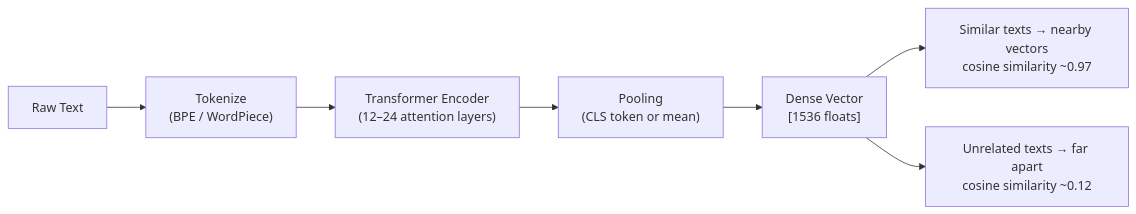
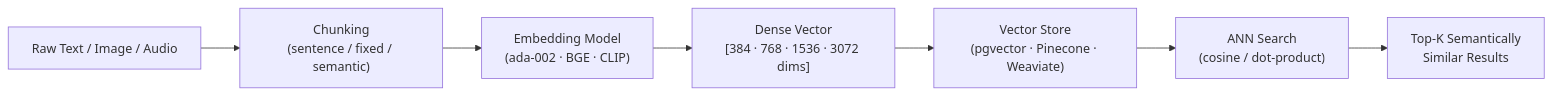
The first of 4 diagrams in docs-site/content/15-vector-databases/concepts/embeddings.md (gauravprwl14/system-design-course), drawn with Mermaid before and after one commit. The commit also changed other lines of this file and 19 other files, not shown here.

````diff
--- a/docs-site/content/15-vector-databases/concepts/embeddings.md
+++ b/docs-site/content/15-vector-databases/concepts/embeddings.md
@@ -22,9 +37,9 @@
 ```mermaid
 flowchart LR
-    Text["Raw Text"] --> Tokenize["Tokenize\n(BPE / WordPiece)"]
-    Tokenize --> Transformer["Transformer Encoder\n(12–24 attention layers)"]
-    Transformer --> Pool["Pooling\n(CLS token or mean)"]
-    Pool --> Vector["Dense Vector\n[1536 floats]"]
-    Vector --> Similar["Similar texts → nearby vectors\ncosine similarity ~0.97"]
-    Vector --> Dissimilar["Unrelated texts → far apart\ncosine similarity ~0.12"]
+    Raw["Raw Text / Image / Audio"] --> Chunk["Chunking\n(sentence / fixed / semantic)"]
+    Chunk --> Model["Embedding Model\n(ada-002 · BGE · CLIP)"]
+    Model --> Vec["Dense Vector\n[384 · 768 · 1536 · 3072 dims]"]
+    Vec --> Store["Vector Store\n(pgvector · Pinecone · Weaviate)"]
+    Store --> Search["ANN Search\n(cosine / dot-product)"]
+    Search --> Results["Top-K Semantically\nSimilar Results"]
 ```
````
